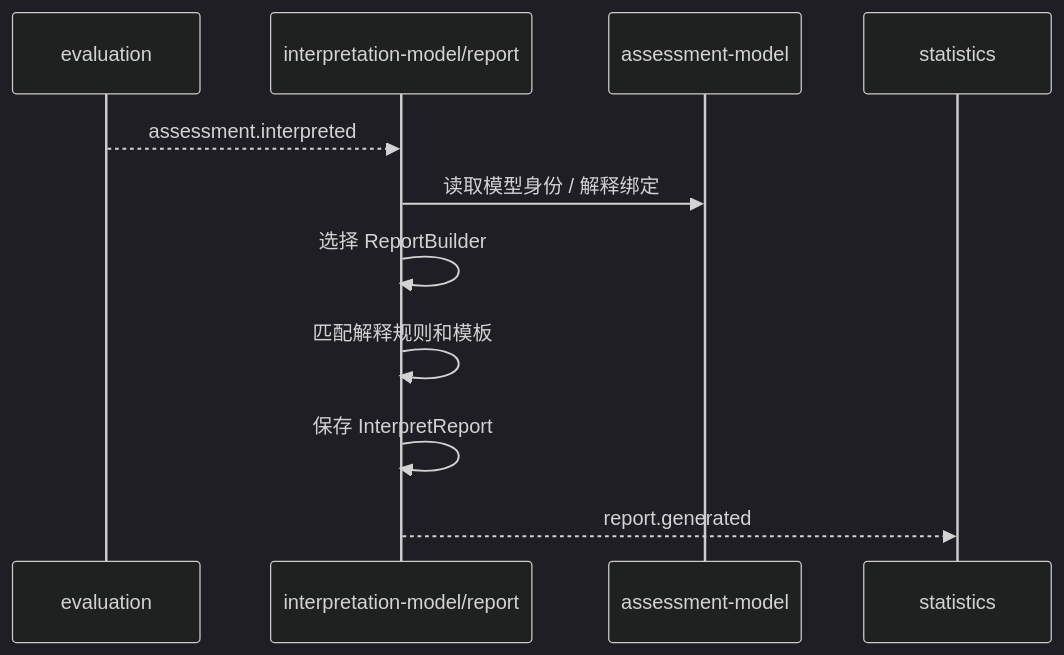
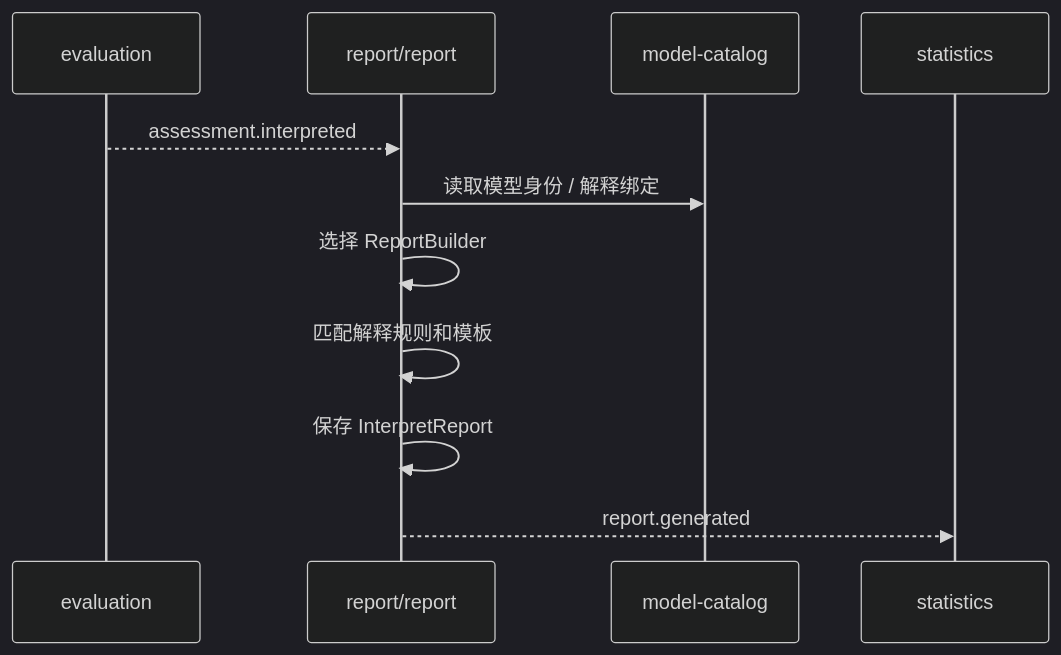
The diagram in docs/02-业务模块/40-interpretation/04-报告生成链路.md (FangcunMount/qs-server), drawn with Mermaid (dark theme) before and after one commit. The commit also changed 500 other files, not shown here.

````diff
--- a/docs/02-业务模块/40-interpretation/04-报告生成链路.md
+++ b/docs/02-业务模块/40-interpretation/04-报告生成链路.md
@@ -41,14 +41,14 @@
 ```mermaid
 sequenceDiagram
     participant E as evaluation
-    participant R as interpretation-model/report
-    participant M as assessment-model
+    participant R as report/report
+    participant M as model-catalog
     participant ST as statistics
 
     E-->>R: assessment.interpreted
     R->>M: 读取模型身份 / 解释绑定
     R->>R: 选择 ReportBuilder
     R->>R: 匹配解释规则和模板
     R->>R: 保存 InterpretReport
     R-->>ST: report.generated
 ```
````
